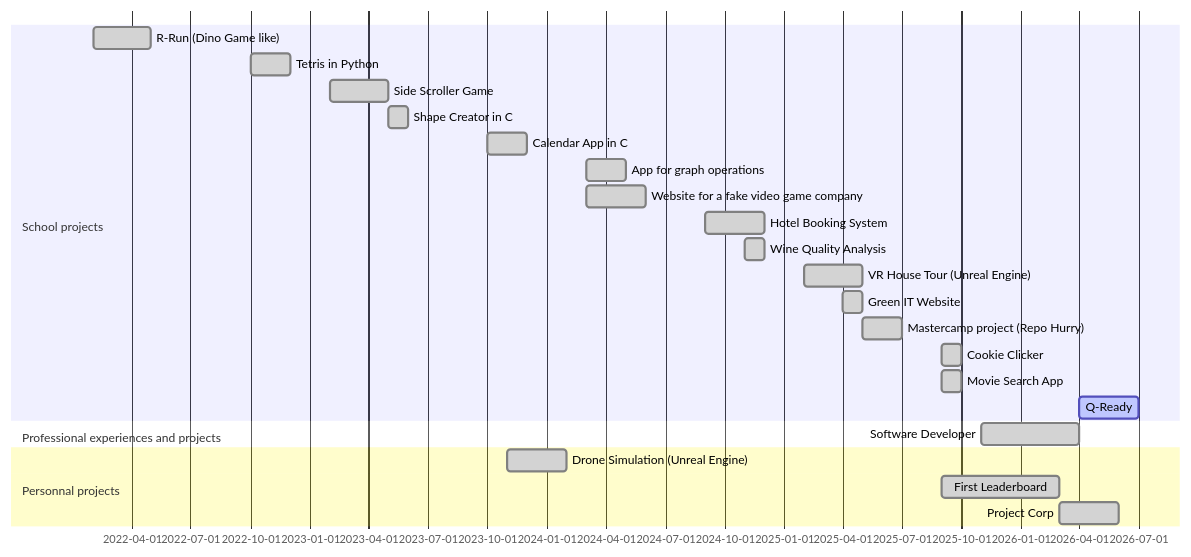
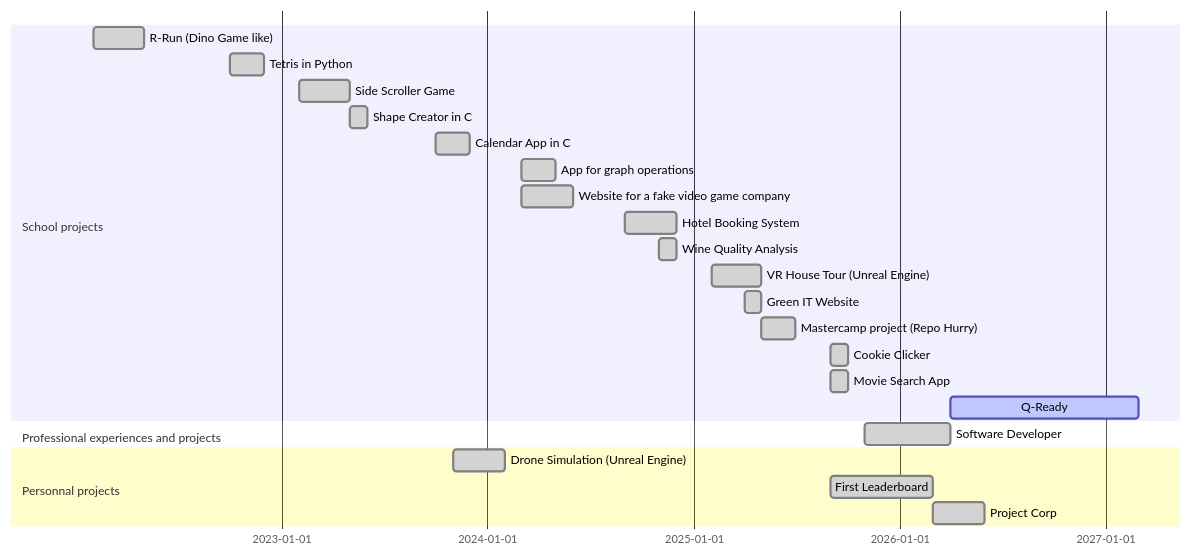
One commit to Rowuni/Rowuni changed the diagram in Readme.md. Above: the diagram before and after it, drawn with Mermaid. The commit also changed other lines of this file, not shown here.

Commit message:
docs: update of the dates of Q-Ready

````diff
--- a/Readme.md
+++ b/Readme.md
@@ -190,26 +190,26 @@
 ```mermaid
 gantt
     dateFormat  YYYY-MM
     section School projects
     R-Run (Dino Game like)       :done, 2022-02, 2022-05
     Tetris in Python       :done, 2022-10, 2022-12
     Side Scroller Game       :done, 2023-02, 2023-05
     Shape Creator in C       :done, 2023-05, 2023-06
     Calendar App in C      :done, 2023-10, 2023-12
     App for graph operations       :done, 2024-03, 2024-05
     Website for a fake video game company       :done, 2024-03, 2024-06
     Hotel Booking System       :done, 2024-09, 2024-12
     Wine Quality Analysis       :done, 2024-11, 2024-12
     VR House Tour (Unreal Engine)       :done, 2025-02, 2025-05
     Green IT Website       :done, 2025-04, 2025-05
     Mastercamp project (Repo Hurry)       :done, 2025-05, 2025-07
     Cookie Clicker         :done, 2025-09, 2025-10
     Movie Search App       :done, 2025-09, 2025-10
-    Q-Ready        :active, 2026-04, 2026-07
+    Q-Ready        :active, 2026-04, 2027-03
     section Professional experiences and projects
     Software Developer           :done, 2025-11, 2026-04
     section Personnal projects
     Drone Simulation (Unreal Engine)       :done, 2023-11, 2024-02
     First Leaderboard       :done, 2025-09, 2026-03
     Project Corp       :done, 2026-03, 2026-06
 ```
````
